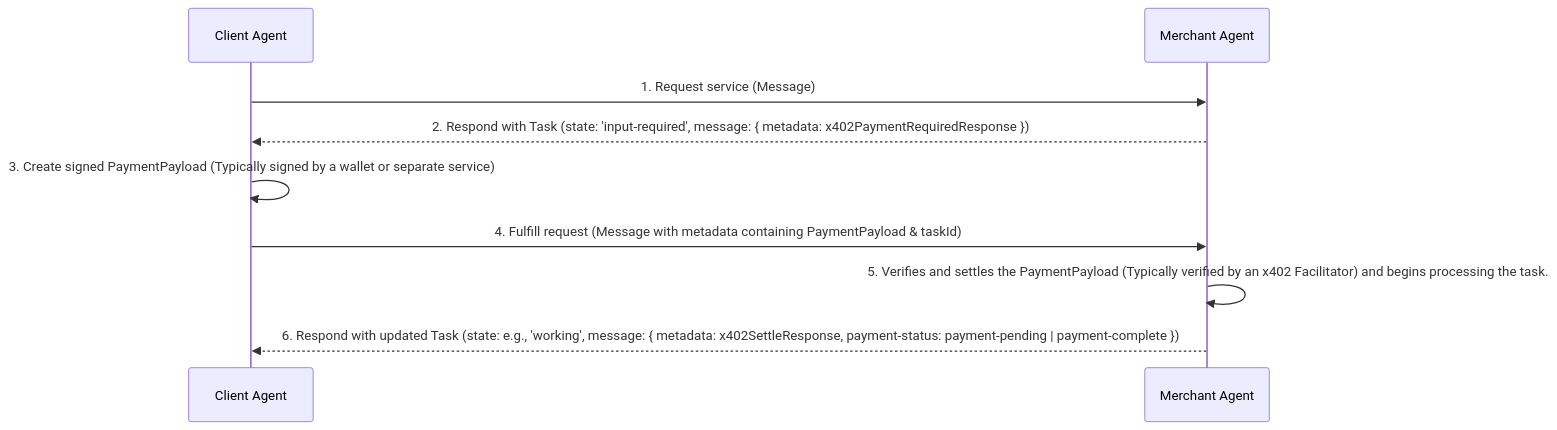
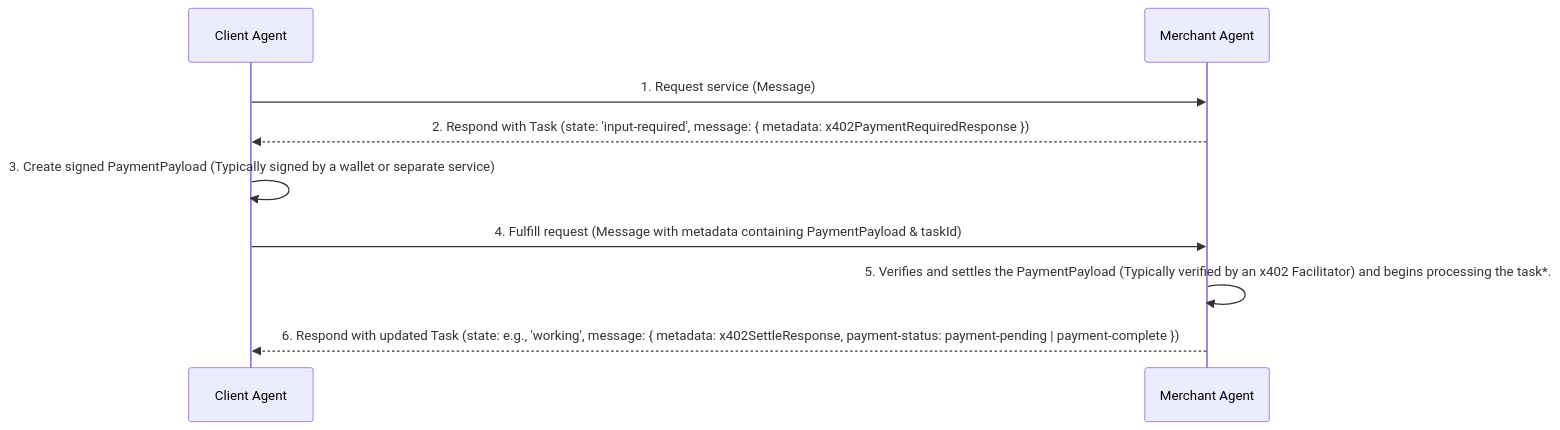
One commit to google-agentic-commerce/a2a-x402 changed the first of 2 diagrams in v0.1/spec.md. Above: the diagram before and after it, drawn with Mermaid. The commit also changed other lines of this file, not shown here.

````diff
--- a/v0.1/spec.md
+++ b/v0.1/spec.md
@@ -77,12 +77,12 @@
 ```mermaid
 sequenceDiagram
     participant Client Agent
     participant Merchant Agent
     Client Agent->>Merchant Agent: 1. Request service (Message)
     Merchant Agent-->>Client Agent: 2. Respond with Task (state: 'input-required', message: { metadata: x402PaymentRequiredResponse })
     Client Agent->>Client Agent: 3. Create signed PaymentPayload (Typically signed by a wallet or separate service)
     Client Agent->>Merchant Agent: 4. Fulfill request (Message with metadata containing PaymentPayload & taskId)
-    Merchant Agent->>Merchant Agent: 5. Verifies and settles the PaymentPayload (Typically verified by an x402 Facilitator) and begins processing the task.
+    Merchant Agent->>Merchant Agent: 5. Verifies and settles the PaymentPayload (Typically verified by an x402 Facilitator) and begins processing the task*.
     Merchant Agent-->>Client Agent: 6. Respond with updated Task (state: e.g., 'working', message: { metadata: x402SettleResponse, payment-status: payment-pending | payment-complete })
 
 ```
````
